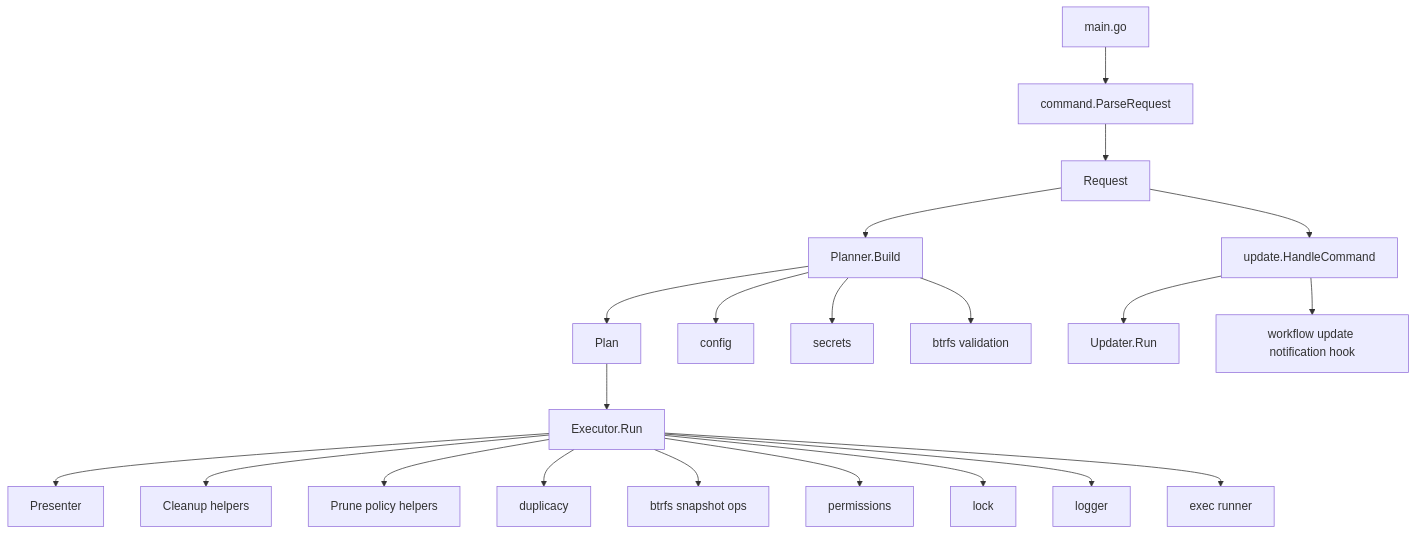
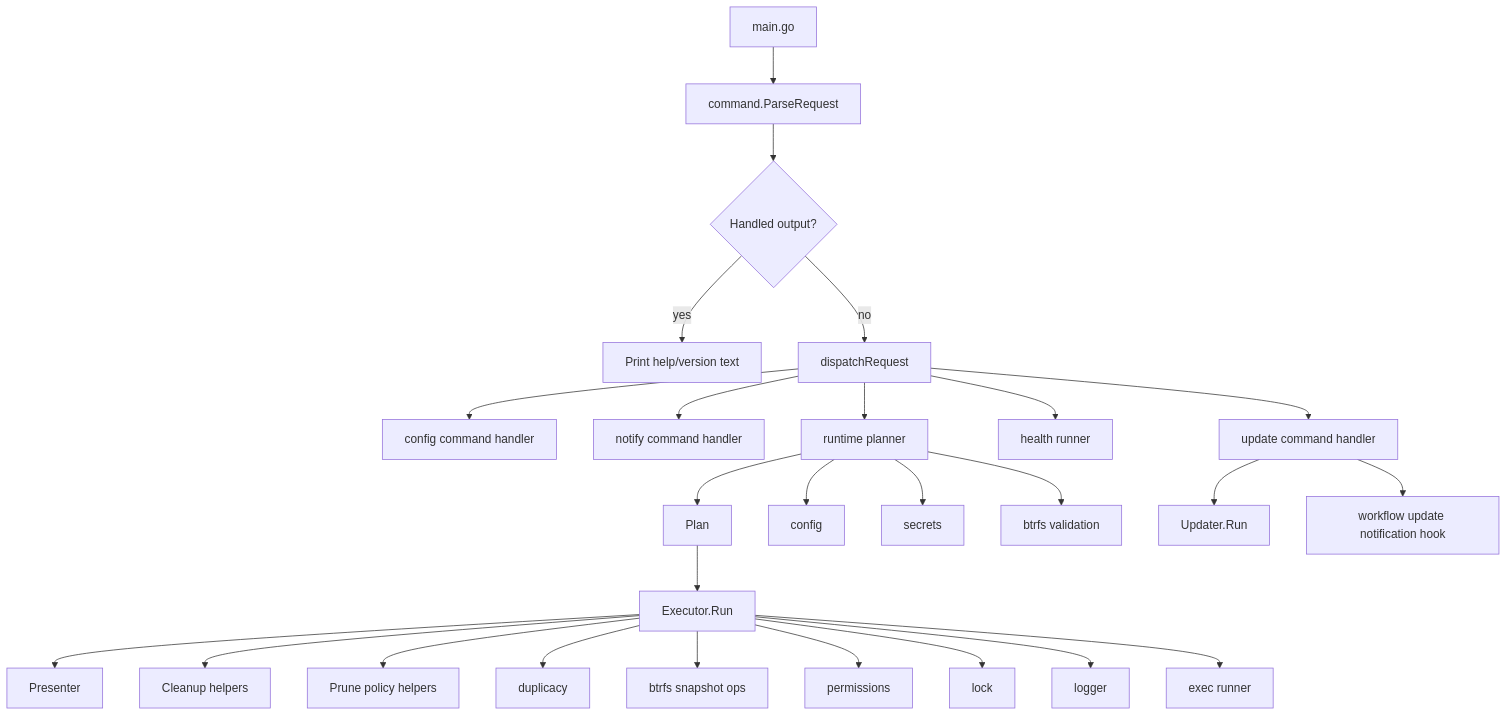
The diagram in docs/how-it-works.md (phillipmcmahon/synology-duplicacy-backup), drawn with Mermaid before and after one commit. The commit also changed other lines of this file and 8 other files, not shown here.

````diff
--- a/docs/how-it-works.md
+++ b/docs/how-it-works.md
@@ -75,23 +75,28 @@
 ```mermaid
 flowchart TD
     A["main.go"] --> B["command.ParseRequest"]
-    B --> C["Request"]
-    C --> D["Planner.Build"]
-    D --> E["Plan"]
-    E --> F["Executor.Run"]
-    F --> G["Presenter"]
-    F --> H["Cleanup helpers"]
-    F --> I["Prune policy helpers"]
-    D --> J["config"]
-    D --> K["secrets"]
-    D --> L["btrfs validation"]
-    F --> M["duplicacy"]
-    F --> N["btrfs snapshot ops"]
-    F --> O["permissions"]
-    F --> P["lock"]
-    F --> Q["logger"]
-    F --> R["exec runner"]
-    C --> S["update.HandleCommand"]
-    S --> T["Updater.Run"]
-    S --> U["workflow update notification hook"]
+    B --> C{"Handled output?"}
+    C -->|yes| C1["Print help/version text"]
+    C -->|no| D["dispatchRequest"]
+    D --> E["config command handler"]
+    D --> F["notify command handler"]
+    D --> G["update command handler"]
+    D --> H["health runner"]
+    D --> I["runtime planner"]
+    I --> J["Plan"]
+    J --> K["Executor.Run"]
+    K --> L["Presenter"]
+    K --> M["Cleanup helpers"]
+    K --> N["Prune policy helpers"]
+    I --> O["config"]
+    I --> P["secrets"]
+    I --> Q["btrfs validation"]
+    K --> R["duplicacy"]
+    K --> S["btrfs snapshot ops"]
+    K --> T["permissions"]
+    K --> U["lock"]
+    K --> V["logger"]
+    K --> W["exec runner"]
+    G --> X["Updater.Run"]
+    G --> Y["workflow update notification hook"]
 ```
````
